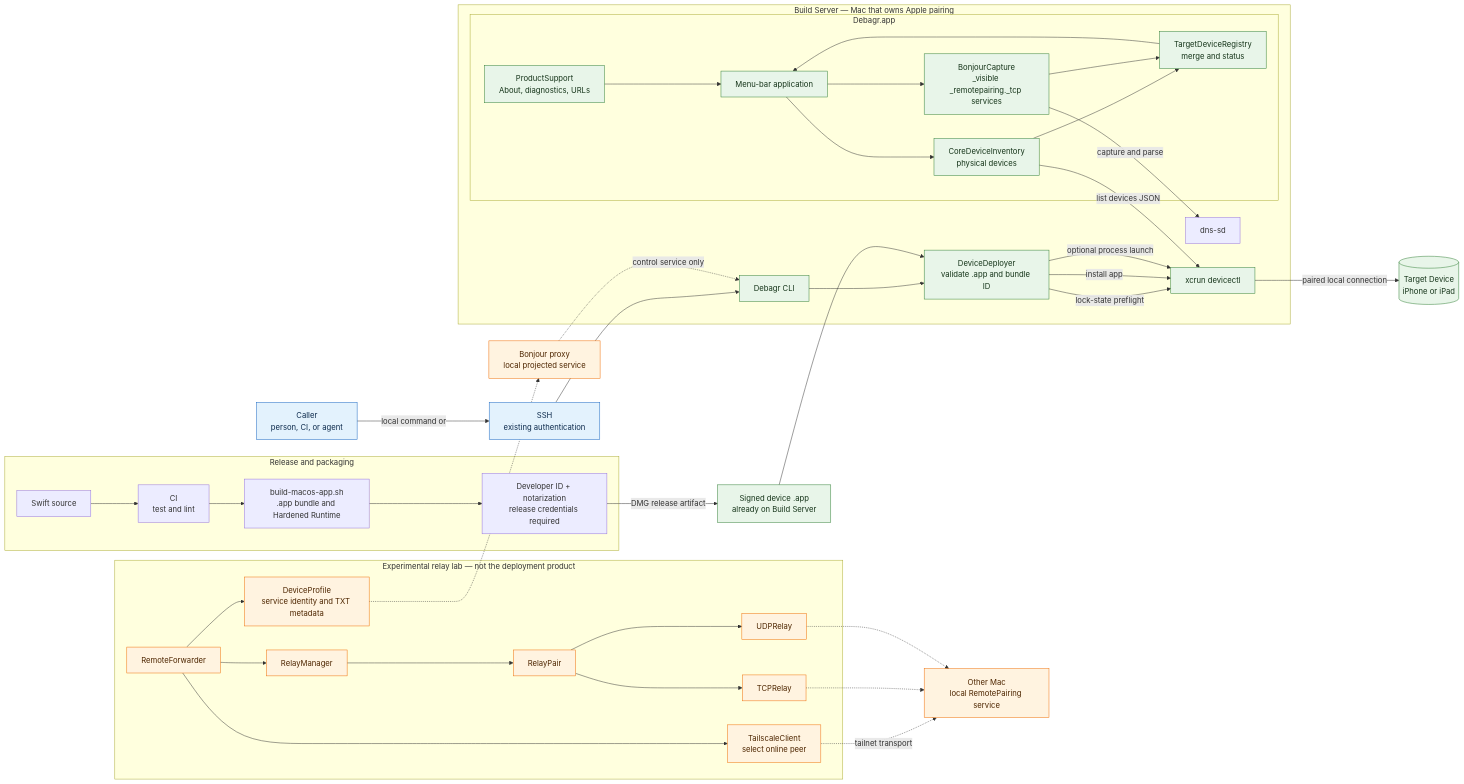
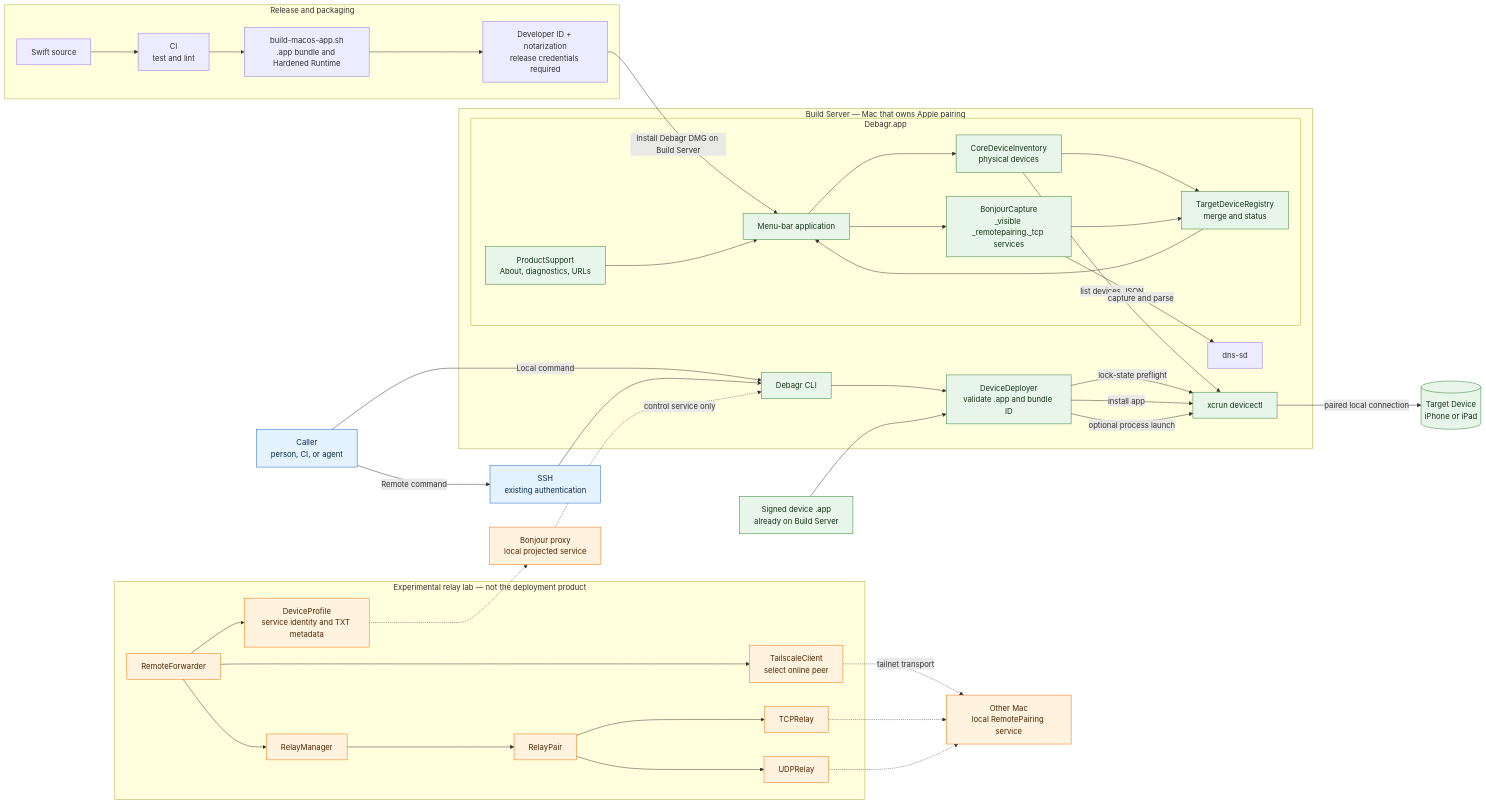
The second of 2 diagrams in docs/ARCHITECTURE.md (radeknovis/Debagr), drawn with Mermaid before and after one commit. The commit also changed other lines of this file and 8 other files, not shown here.

```diff
--- a/docs/ARCHITECTURE.md
+++ b/docs/ARCHITECTURE.md
@@ -36,7 +48,7 @@
     notarize[Developer ID + notarization\nrelease credentials required]
     source --> ci --> package --> notarize
   end
-  notarize -->|DMG release artifact| artifact
+  notarize -->|Install Debagr DMG on Build Server| menu
 
   %% Supported discovery path
   menu --> core
@@ -49,7 +61,8 @@
   support --> menu
 
   %% Supported deployment path
-  caller -->|local command or| ssh
+  caller -->|Remote command| ssh
+  caller -->|Local command| cli
   ssh --> cli
   cli --> deploy
   artifact --> deploy
```
